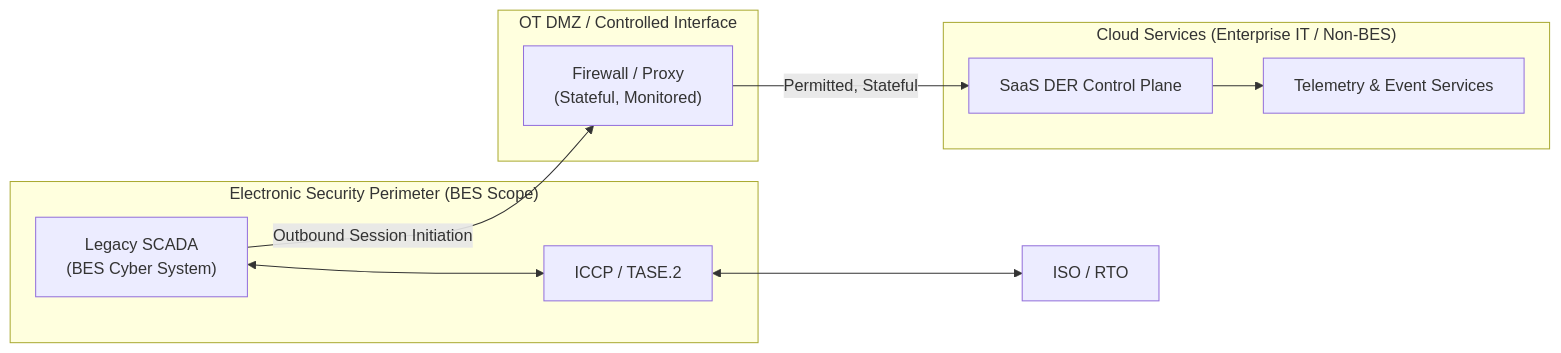
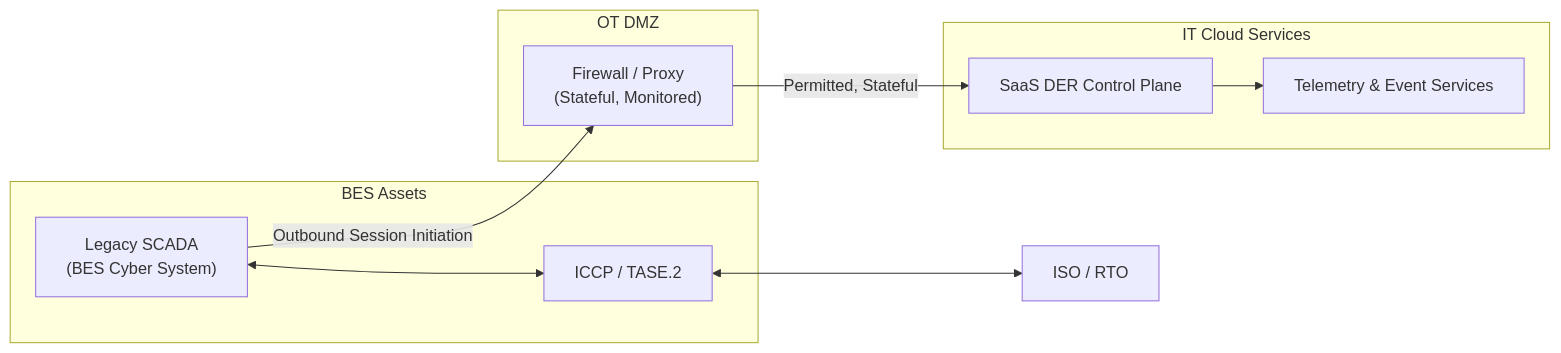
Before and after one commit to pfriedland/distributed-der: the second of 2 diagrams in DESIGN_HIGHLEVEL.md, drawn with Mermaid. The commit also changed other lines of this file, not shown here.

````diff
--- a/DESIGN_HIGHLEVEL.md
+++ b/DESIGN_HIGHLEVEL.md
@@ -468,25 +469,25 @@
 ```mermaid
 flowchart LR
 
-subgraph ESP["Electronic Security Perimeter (BES Scope)"]
+subgraph ESP["BES Assets"]
     SCADA["Legacy SCADA<br/>(BES Cyber System)"]
     ICCP["ICCP / TASE.2"]
 end
 
-subgraph DMZ["OT DMZ / Controlled Interface"]
+subgraph DMZ["OT DMZ"]
     FW["Firewall / Proxy<br/>(Stateful, Monitored)"]
 end
 
-subgraph Cloud["Cloud Services (Enterprise IT / Non-BES)"]
+subgraph Cloud["IT Cloud Services"]
     CP["SaaS DER Control Plane"]
     DATA["Telemetry & Event Services"]
 end
 
 SCADA -->|Outbound Session Initiation| FW
 FW -->|Permitted, Stateful| CP
 CP --> DATA
 
 SCADA <--> ICCP
 ICCP <--> ISO["ISO / RTO"]
 
 ```
````
